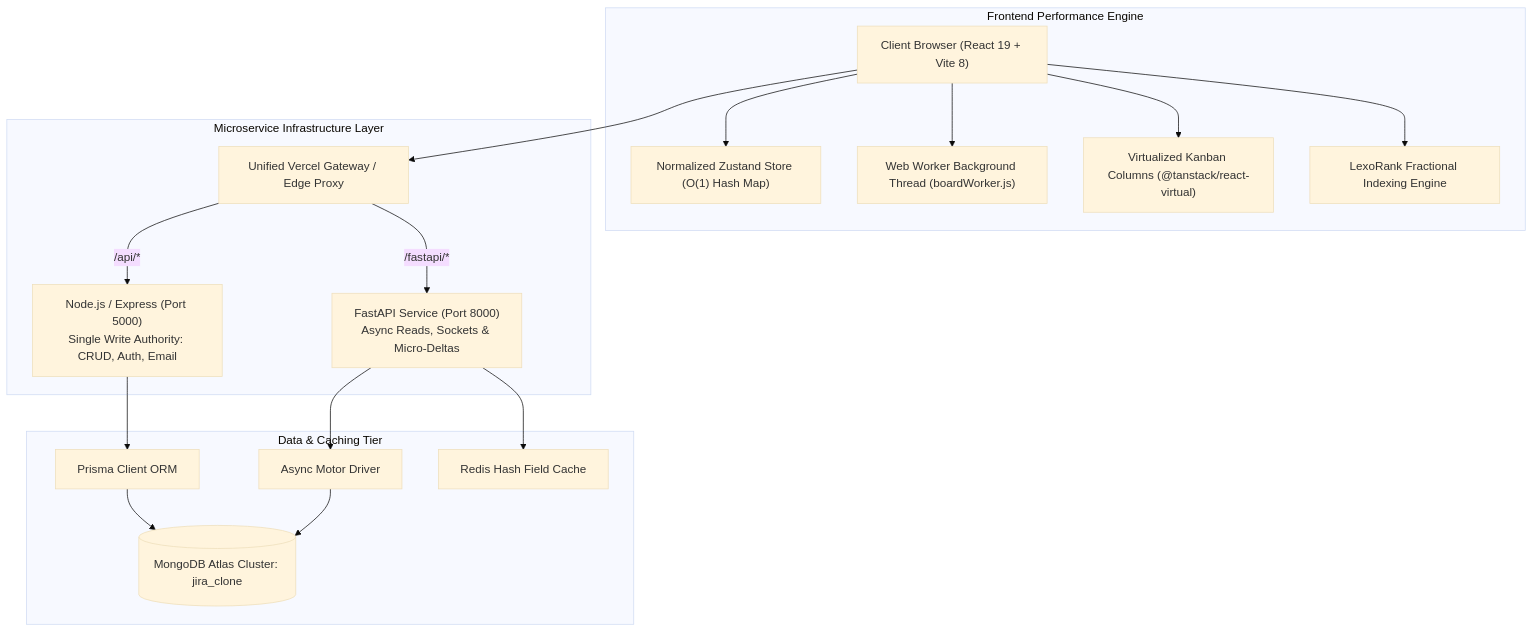
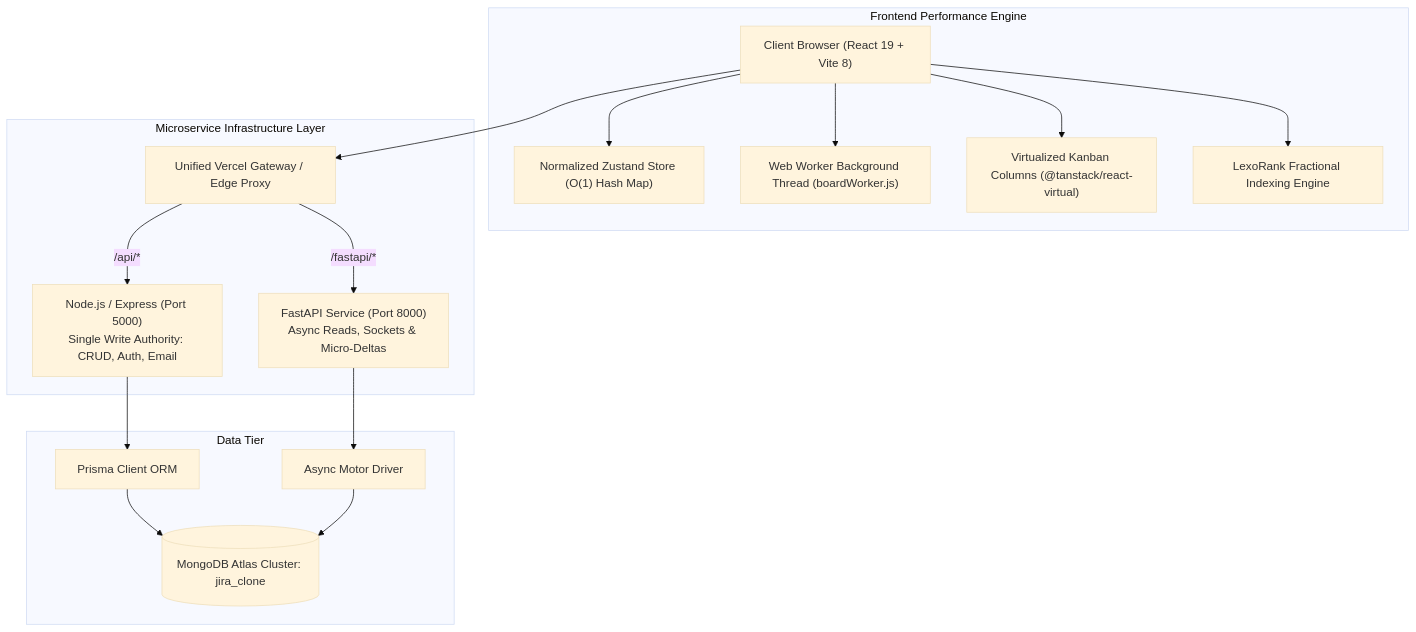
The first of 2 diagrams in README.md (NirbhayKunwar/Jira-Clone), drawn with Mermaid (base theme) before and after one commit. The commit also changed other lines of this file and 55 other files, not shown here.

````diff
--- a/README.md
+++ b/README.md
@@ -52,24 +51,23 @@
 ```mermaid
 graph TD
     Client["Client Browser (React 19 + Vite 8)"] --> Gateway["Unified Vercel Gateway / Edge Proxy"]
     
     subgraph Frontend Performance Engine
         Client --> Zustand["Normalized Zustand Store (O(1) Hash Map)"]
         Client --> Worker["Web Worker Background Thread (boardWorker.js)"]
         Client --> Virtualizer["Virtualized Kanban Columns (@tanstack/react-virtual)"]
         Client --> LexoRank["LexoRank Fractional Indexing Engine"]
     end
     
     subgraph Microservice Infrastructure Layer
         Gateway -->|/api/*| NodeAPI["Node.js / Express (Port 5000)<br/>Single Write Authority: CRUD, Auth, Email"]
         Gateway -->|/fastapi/*| FastEngine["FastAPI Service (Port 8000)<br/>Async Reads, Sockets & Micro-Deltas"]
     end
 
-    subgraph Data & Caching Tier
+    subgraph Data Tier
         NodeAPI --> Prisma["Prisma Client ORM"]
         FastEngine --> Motor["Async Motor Driver"]
-        FastEngine --> Redis["Redis Hash Field Cache"]
         Prisma --> MongoDB[("MongoDB Atlas Cluster: jira_clone")]
         Motor --> MongoDB
     end
 ```
````
